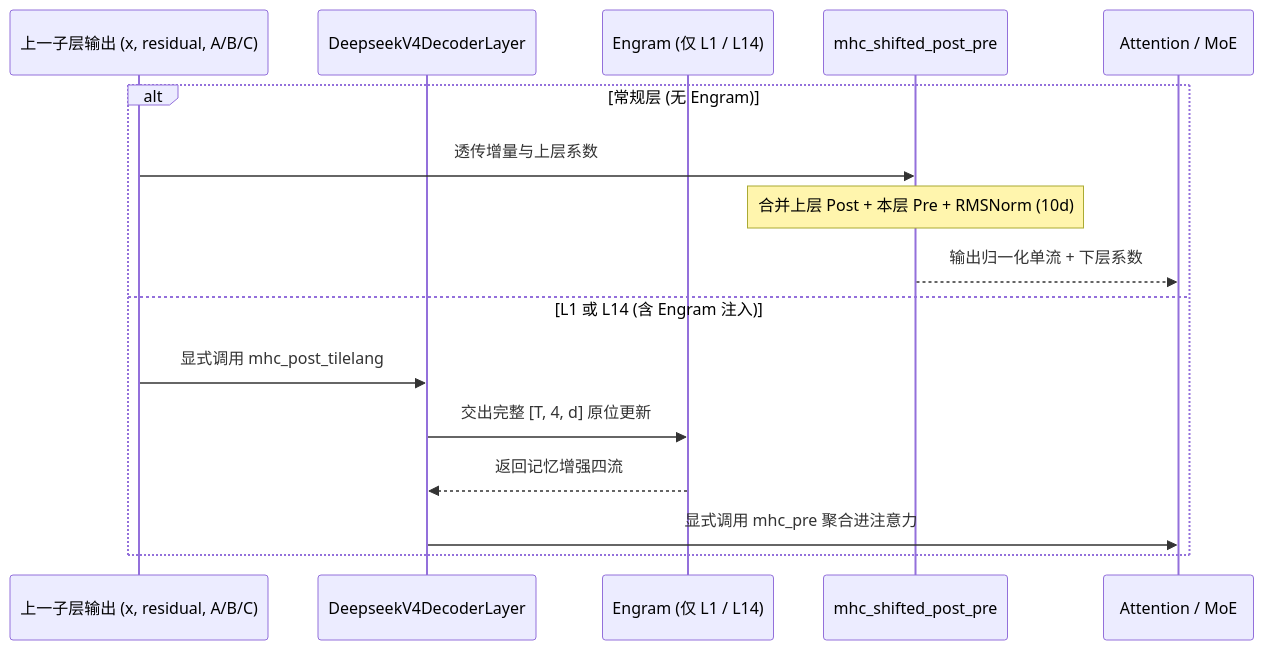
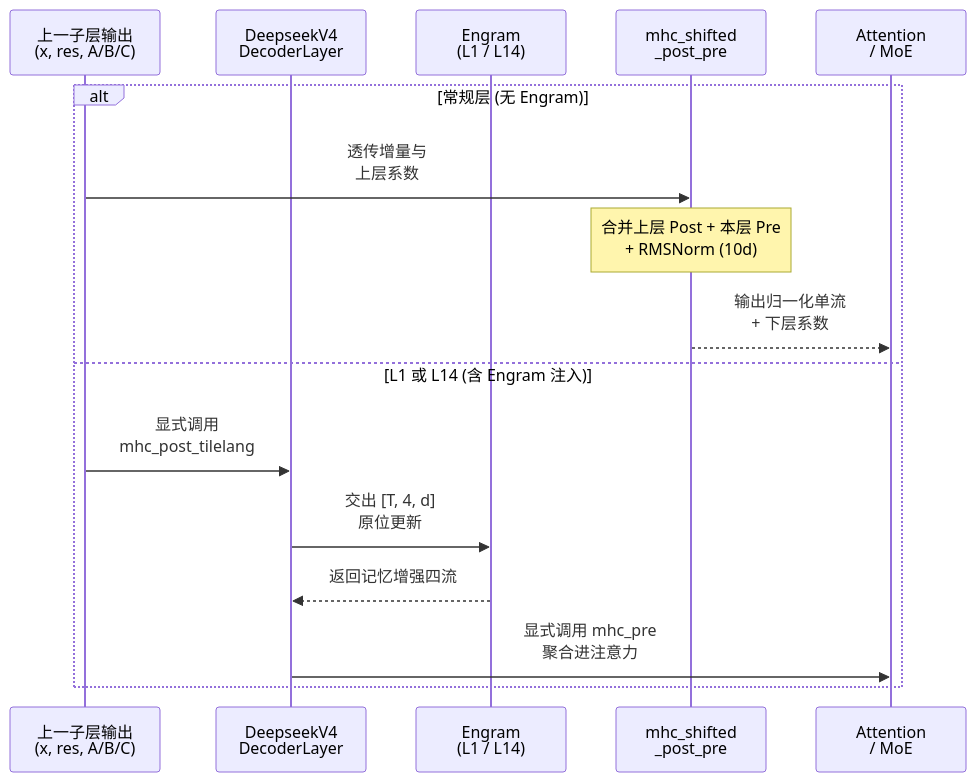
Before and after one commit to xingcanlee/infra-note: the second of 3 diagrams in src/content/posts/deepseek/08-mhc/index.mdx, drawn with Mermaid. The commit also changed other lines of this file and 7 other files, not shown here.

Commit message:
chore(deps): upgrade astro-wisp to 0.7.2 and refine math/diagram/table layouts

````diff
--- a/src/content/posts/deepseek/08-mhc/index.mdx
+++ b/src/content/posts/deepseek/08-mhc/index.mdx
@@ -382,19 +399,19 @@
 ```mermaid caption="图 12：vllm@99b0b0b0 中 GPU 跨子层延迟融合与 L1/L14 Engram 边界拆分控制时序"
 sequenceDiagram
-    participant Prev as 上一子层输出 (x, residual, A/B/C)
-    participant Layer as DeepseekV4DecoderLayer
-    participant Eng as Engram (仅 L1 / L14)
-    participant Fuse as mhc_shifted_post_pre
-    participant Attn as Attention / MoE
+    participant Prev as 上一子层输出<br/>(x, res, A/B/C)
+    participant Layer as DeepseekV4<br/>DecoderLayer
+    participant Eng as Engram<br/>(L1 / L14)
+    participant Fuse as mhc_shifted<br/>_post_pre
+    participant Attn as Attention<br/>/ MoE
 
     alt 常规层 (无 Engram)
-        Prev->>Fuse: 透传增量与上层系数
-        Note over Fuse: 合并上层 Post + 本层 Pre + RMSNorm (10d)
-        Fuse-->>Attn: 输出归一化单流 + 下层系数
+        Prev->>Fuse: 透传增量与<br/>上层系数
+        Note over Fuse: 合并上层 Post + 本层 Pre<br/>+ RMSNorm (10d)
+        Fuse-->>Attn: 输出归一化单流<br/>+ 下层系数
     else L1 或 L14 (含 Engram 注入)
-        Prev->>Layer: 显式调用 mhc_post_tilelang
-        Layer->>Eng: 交出完整 [T, 4, d] 原位更新
+        Prev->>Layer: 显式调用<br/>mhc_post_tilelang
+        Layer->>Eng: 交出 [T, 4, d]<br/>原位更新
         Eng-->>Layer: 返回记忆增强四流
-        Layer->>Attn: 显式调用 mhc_pre 聚合进注意力
+        Layer->>Attn: 显式调用 mhc_pre<br/>聚合进注意力
     end
 ```
````
